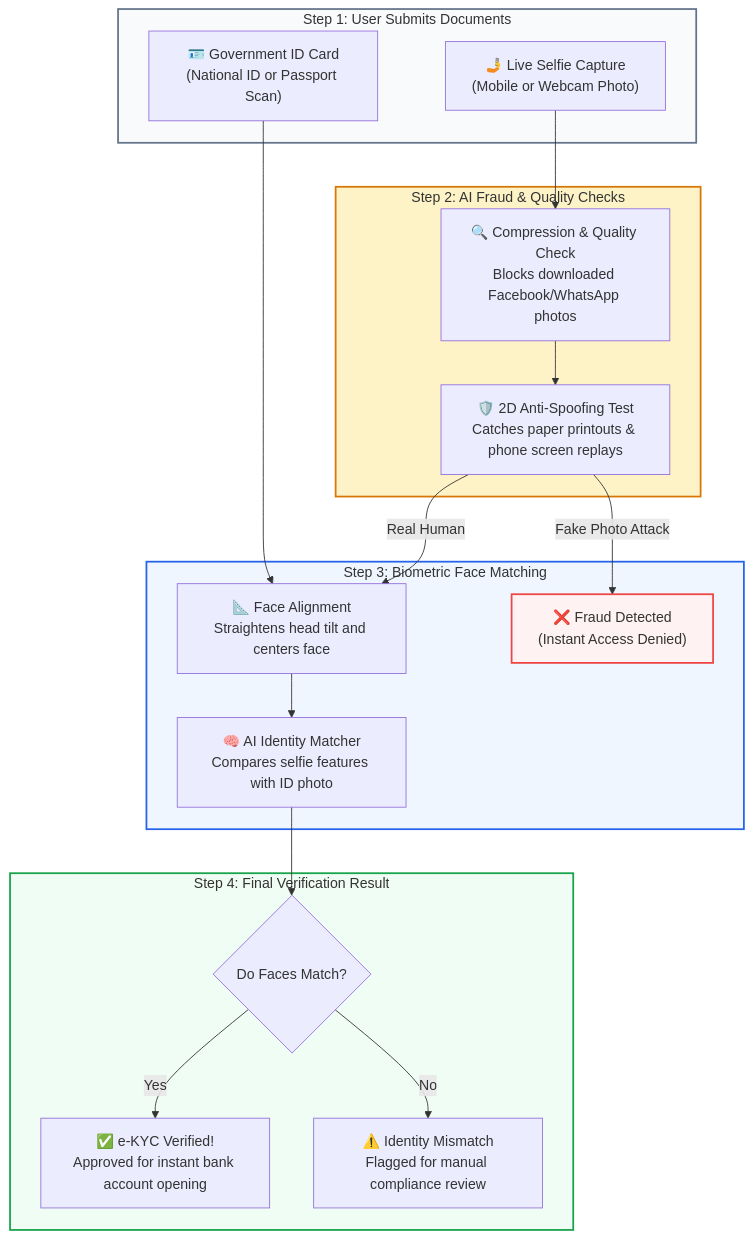
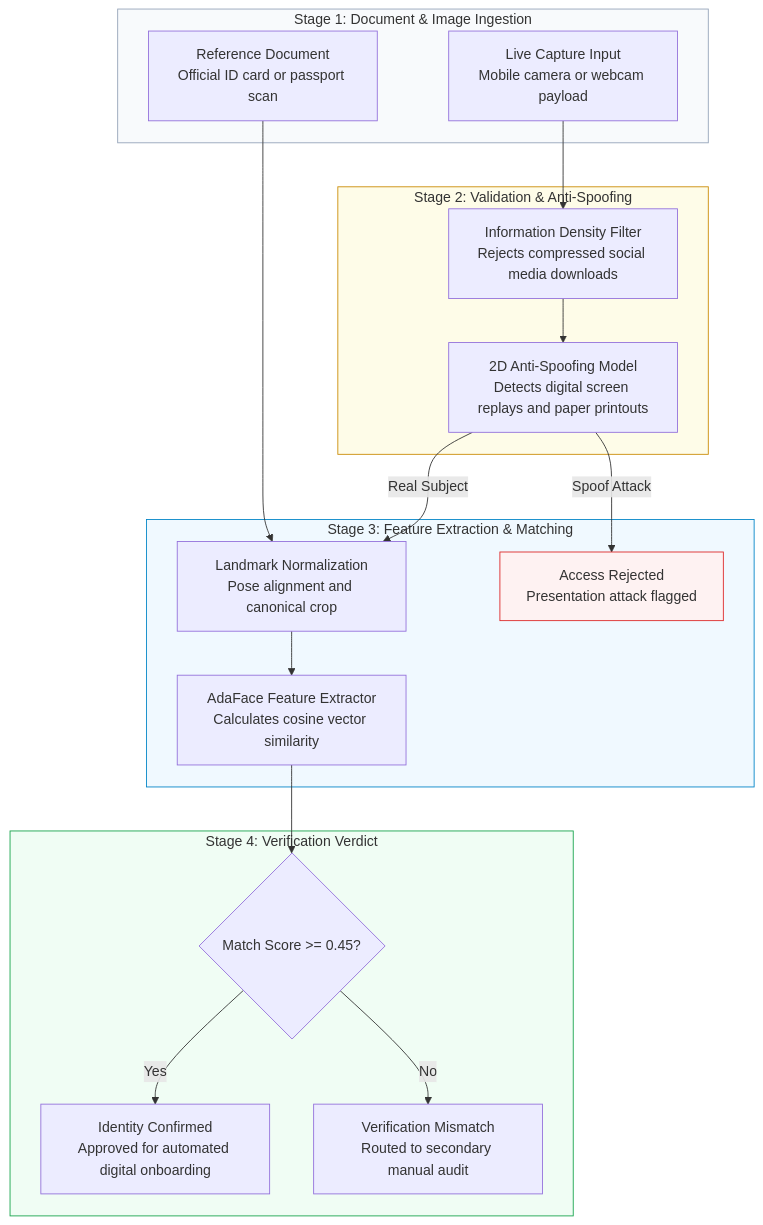
One commit to datawithAsif/Video-Analytics-Architecture-Portfolio changed the diagram in diagrams/ekyc_anti_spoof_pipeline.mermaid. Above: the diagram before and after it, drawn with Mermaid. The commit also changed 9 other files, not shown here.

Commit message:
style: replace emojis with clean enterprise architectural styling across all diagrams

```diff
--- a/diagrams/ekyc_anti_spoof_pipeline.mermaid
+++ b/diagrams/ekyc_anti_spoof_pipeline.mermaid
@@ -1,38 +1,38 @@
 flowchart TD
-    subgraph Step1 ["Step 1: User Submits Documents"]
-        SELFIE["🤳 Live Selfie Capture\n(Mobile or Webcam Photo)"]
-        NID["🪪 Government ID Card\n(National ID or Passport Scan)"]
+    subgraph Stage1 ["Stage 1: Document & Image Ingestion"]
+        SELFIE["Live Capture Input<br>Mobile camera or webcam payload"]
+        NID["Reference Document<br>Official ID card or passport scan"]
     end
 
-    subgraph Step2 ["Step 2: AI Fraud & Quality Checks"]
-        FILTER["🔍 Compression & Quality Check\nBlocks downloaded Facebook/WhatsApp photos"]
-        LIVENESS["🛡️ 2D Anti-Spoofing Test\nCatches paper printouts & phone screen replays"]
+    subgraph Stage2 ["Stage 2: Validation & Anti-Spoofing"]
+        FILTER["Information Density Filter<br>Rejects compressed social media downloads"]
+        LIVENESS["2D Anti-Spoofing Model<br>Detects digital screen replays and paper printouts"]
         
         SELFIE --> FILTER --> LIVENESS
     end
 
-    subgraph Step3 ["Step 3: Biometric Face Matching"]
-        ALIGN["📐 Face Alignment\nStraightens head tilt and centers face"]
-        MATCH["🧠 AI Identity Matcher\nCompares selfie features with ID photo"]
+    subgraph Stage3 ["Stage 3: Feature Extraction & Matching"]
+        ALIGN["Landmark Normalization<br>Pose alignment and canonical crop"]
+        MATCH["AdaFace Feature Extractor<br>Calculates cosine vector similarity"]
         
-        LIVENESS -->|Real Human| ALIGN
-        LIVENESS -->|Fake Photo Attack| BLOCK["❌ Fraud Detected\n(Instant Access Denied)"]
+        LIVENESS -->|Real Subject| ALIGN
+        LIVENESS -->|Spoof Attack| BLOCK["Access Rejected<br>Presentation attack flagged"]
         NID --> ALIGN
         ALIGN --> MATCH
     end
 
-    subgraph Step4 ["Step 4: Final Verification Result"]
-        RESULT{"Do Faces Match?"}
-        VERIFIED["✅ e-KYC Verified!\nApproved for instant bank account opening"]
-        REJECTED["⚠️ Identity Mismatch\nFlagged for manual compliance review"]
+    subgraph Stage4 ["Stage 4: Verification Verdict"]
+        DECISION{"Match Score >= 0.45?"}
+        VERIFIED["Identity Confirmed<br>Approved for automated digital onboarding"]
+        REJECTED["Verification Mismatch<br>Routed to secondary manual audit"]
         
-        MATCH --> RESULT
-        RESULT -->|Yes| VERIFIED
-        RESULT -->|No| REJECTED
+        MATCH --> DECISION
+        DECISION -->|Yes| VERIFIED
+        DECISION -->|No| REJECTED
     end
 
-    style Step1 fill:#f8fafc,stroke:#64748b,stroke-width:2px
-    style Step2 fill:#fef3c7,stroke:#d97706,stroke-width:2px
-    style Step3 fill:#eff6ff,stroke:#2563eb,stroke-width:2px
-    style Step4 fill:#f0fdf4,stroke:#16a34a,stroke-width:2px
-    style BLOCK fill:#fef2f2,stroke:#ef4444,stroke-width:2px
+    style Stage1 fill:#f8fafc,stroke:#94a3b8,stroke-width:1px
+    style Stage2 fill:#fefce8,stroke:#ca8a04,stroke-width:1px
+    style Stage3 fill:#f0f9ff,stroke:#0284c7,stroke-width:1px
+    style Stage4 fill:#f0fdf4,stroke:#16a34a,stroke-width:1px
+    style BLOCK fill:#fef2f2,stroke:#dc2626,stroke-width:1px
```
